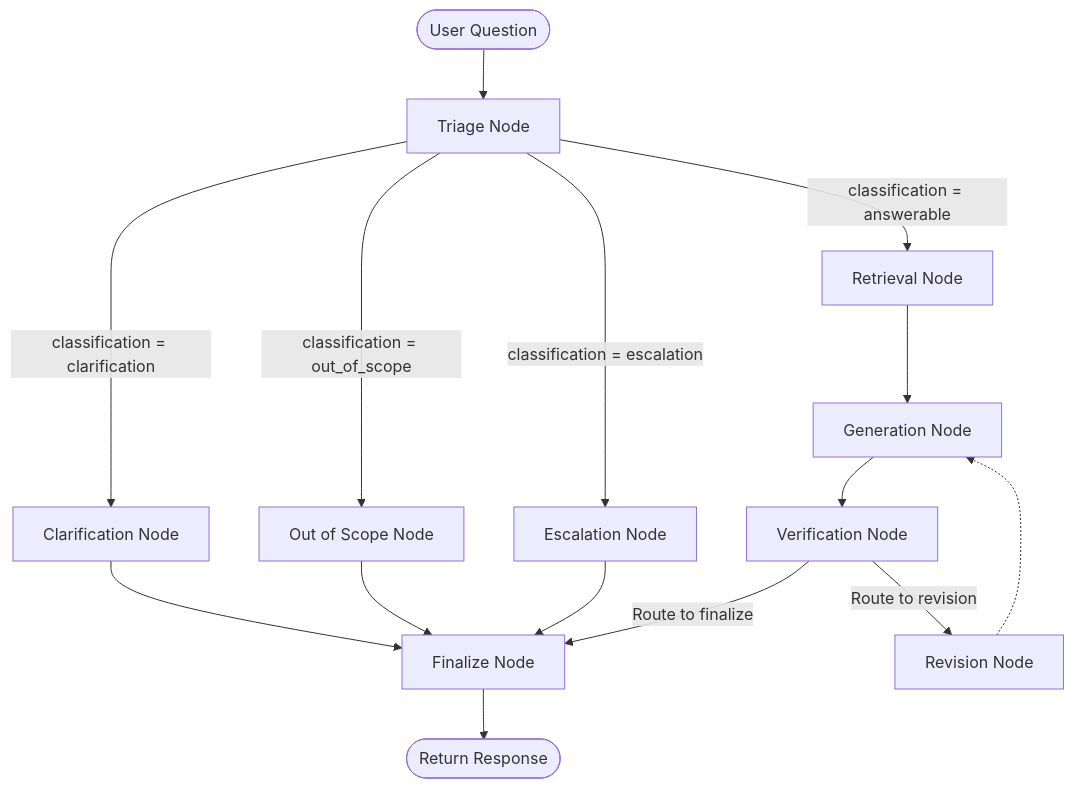
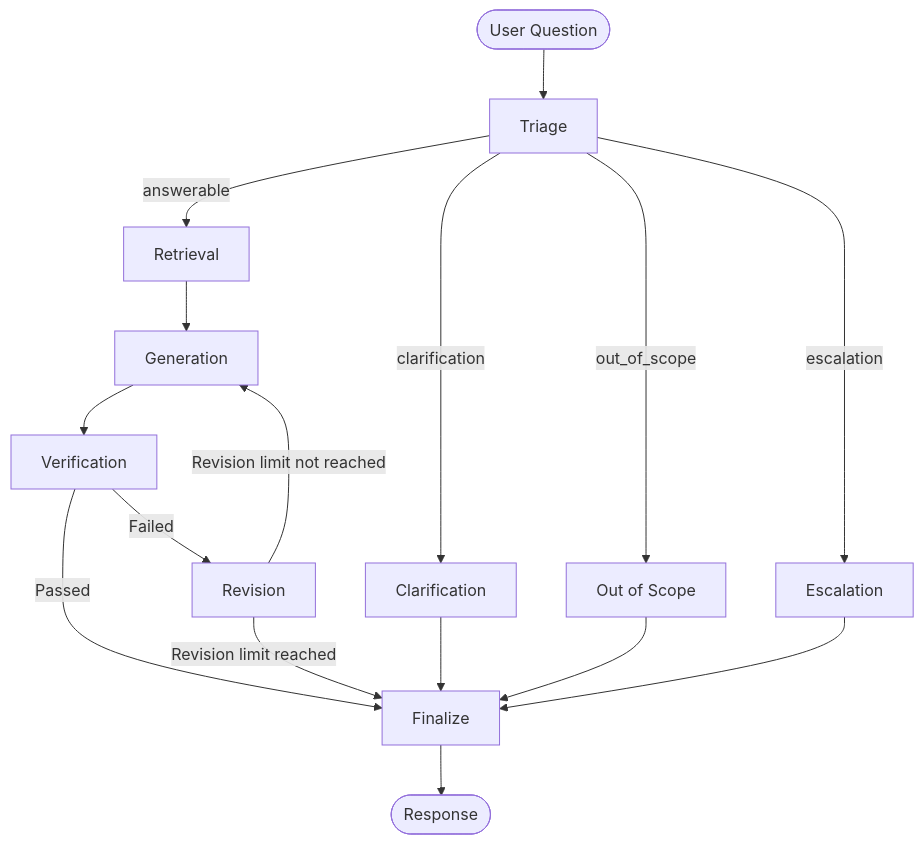
Before and after one commit to AvantikaSahu2203/orbitdesk-local-support-agent: the diagram in README.md, drawn with Mermaid. The commit also changed other lines of this file, not shown here.

Commit message:
Finalize documentation and project details

````diff
--- a/README.md
+++ b/README.md
@@ -31,20 +30,24 @@
 ```mermaid
 graph TD
-    Start([User Question]) --> Triage[Triage Node]
-    Triage -->|classification = clarification| Clarification[Clarification Node]
-    Triage -->|classification = out_of_scope| OutOfScope[Out of Scope Node]
-    Triage -->|classification = escalation| Escalation[Escalation Node]
-    Triage -->|classification = answerable| Retrieval[Retrieval Node]
-    
-    Clarification --> Finalize[Finalize Node]
-    OutOfScope --> Finalize
-    Escalation --> Finalize
-    
-    Retrieval --> Generation[Generation Node]
-    Generation --> Verification[Verification Node]
-    
-    Verification -->|Route to finalize| Finalize
-    Verification -->|Route to revision| Revision[Revision Node] -.-> Generation
-    
-    Finalize --> End([Return Response])
+    A([User Question]) --> B[Triage]
+
+    B -->|answerable| C[Retrieval]
+    B -->|clarification| D[Clarification]
+    B -->|out_of_scope| E[Out of Scope]
+    B -->|escalation| F[Escalation]
+
+    C --> G[Generation]
+    G --> H[Verification]
+
+    H -->|Passed| I[Finalize]
+    H -->|Failed| J[Revision]
+
+    J -->|Revision limit not reached| G
+    J -->|Revision limit reached| I
+
+    D --> I
+    E --> I
+    F --> I
+
+    I --> K([Response])
 ```
````
